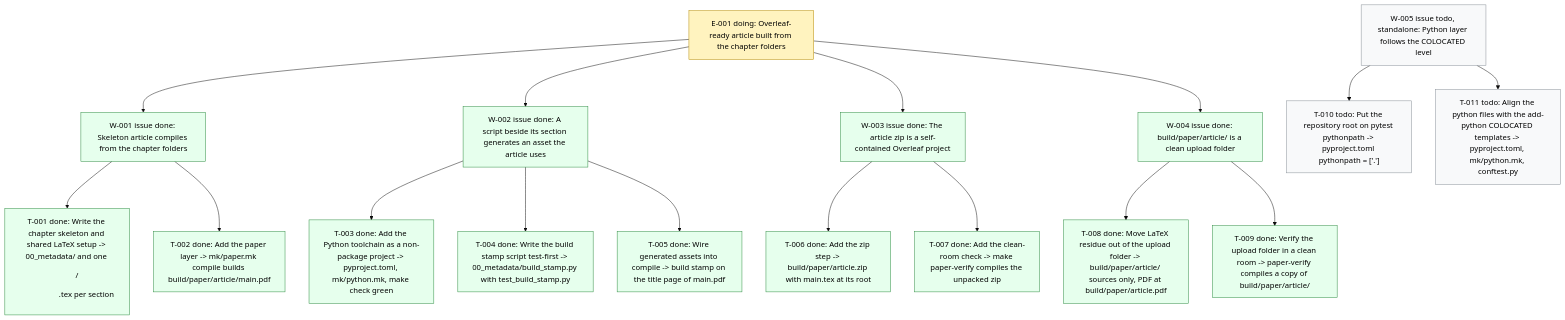
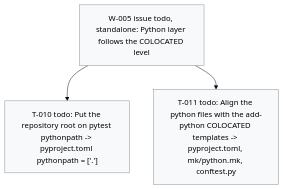
The diagram in .board/BOARD.md (dpopchev/surrogate-models), drawn with Mermaid (base theme) before and after one commit. The commit also changed other lines of this file and 3 other files, not shown here.

````diff
--- a/.board/BOARD.md
+++ b/.board/BOARD.md
@@ -36,28 +40,12 @@
 ```mermaid
 flowchart TD
-  E001["E-001 doing: Overleaf-ready article built from the chapter folders"]
-  E001 --> W001["W-001 issue done: Skeleton article compiles from the chapter folders"]
-  W001 --> T001["T-001 done: Write the chapter skeleton and shared LaTeX setup -> 00_metadata/ and one <dir>/<dir>.tex per section"]
-  W001 --> T002["T-002 done: Add the paper layer -> mk/paper.mk compile builds build/paper/article/main.pdf"]
-  E001 --> W002["W-002 issue done: A script beside its section generates an asset the article uses"]
-  W002 --> T003["T-003 done: Add the Python toolchain as a non-package project -> pyproject.toml, mk/python.mk, make check green"]
-  W002 --> T004["T-004 done: Write the build stamp script test-first -> 00_metadata/build_stamp.py with test_build_stamp.py"]
-  W002 --> T005["T-005 done: Wire generated assets into compile -> build stamp on the title page of main.pdf"]
-  E001 --> W003["W-003 issue done: The article zip is a self-contained Overleaf project"]
-  W003 --> T006["T-006 done: Add the zip step -> build/paper/article.zip with main.tex at its root"]
-  W003 --> T007["T-007 done: Add the clean-room check -> make paper-verify compiles the unpacked zip"]
-  E001 --> W004["W-004 issue done: build/paper/article/ is a clean upload folder"]
-  W004 --> T008["T-008 done: Move LaTeX residue out of the upload folder -> build/paper/article/ sources only, PDF at build/paper/article.pdf"]
-  W004 --> T009["T-009 done: Verify the upload folder in a clean room -> paper-verify compiles a copy of build/paper/article/"]
   W005["W-005 issue todo, standalone: Python layer follows the COLOCATED level"]
   W005 --> T010["T-010 todo: Put the repository root on pytest pythonpath -> pyproject.toml pythonpath = ['.']"]
   W005 --> T011["T-011 todo: Align the python files with the add-python COLOCATED templates -> pyproject.toml, mk/python.mk, conftest.py"]
   classDef doing fill:#fff3bf,stroke:#b58900,color:#000;
   classDef blocked fill:#ffe3e3,stroke:#c92a2a,color:#000;
   classDef done fill:#e6ffed,stroke:#2b8a3e,color:#000;
   classDef todo fill:#f8f9fa,stroke:#868e96,color:#000;
   classDef pruned fill:#f1f3f5,stroke:#adb5bd,color:#000;
-  class E001 doing
-  class W001,T001,T002,W002,T003,T004,T005,W003,T006,T007,W004,T008,T009 done
   class W005,T010,T011 todo
 ```
````
